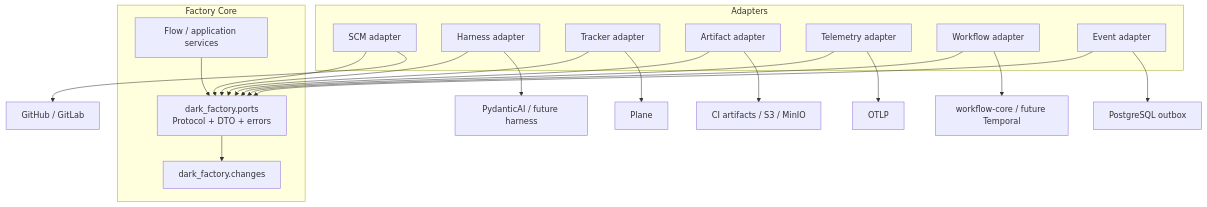
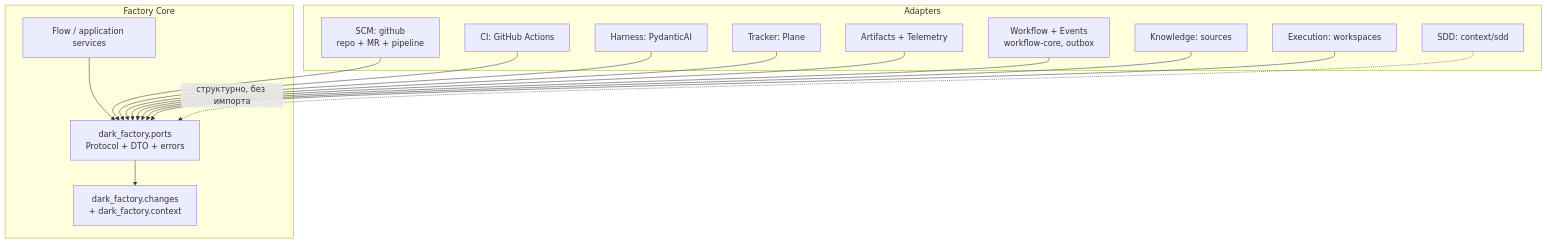
Before and after one commit to vadagama/dark-factory-mvp: the first of 3 diagrams in docs/descriptions/ports.md, drawn with Mermaid. The commit also changed other lines of this file and 11 other files, not shown here.

````diff
--- a/docs/descriptions/ports.md
+++ b/docs/descriptions/ports.md
@@ -11,36 +11,30 @@
 ```mermaid
 flowchart TB
     subgraph Core["Factory Core"]
         FLOW["Flow / application services"]
         PORTS["dark_factory.ports\nProtocol + DTO + errors"]
-        DOMAIN["dark_factory.changes"]
+        DOMAIN["dark_factory.changes\n+ dark_factory.context"]
         FLOW --> PORTS
         PORTS --> DOMAIN
     end
-
     subgraph Adapters["Adapters"]
-        SCM["SCM adapter"]
-        HARNESS["Harness adapter"]
-        TRACKER["Tracker adapter"]
-        ARTIFACTS["Artifact adapter"]
-        TELEMETRY["Telemetry adapter"]
-        WORKFLOW["Workflow adapter"]
-        EVENTS["Event adapter"]
+        SCM["SCM: github\nrepo + MR + pipeline"]
+        CIA["CI: GitHub Actions"]
+        HARNESS["Harness: PydanticAI"]
+        TRACKER["Tracker: Plane"]
+        ARTIFACTS["Artifacts + Telemetry"]
+        WORKFLOW["Workflow + Events\nworkflow-core, outbox"]
+        KNOWLEDGE["Knowledge: sources"]
+        EXECUTION["Execution: workspaces"]
+        SDDAD["SDD: context/sdd"]
     end
-
     SCM --> PORTS
+    CIA --> PORTS
     HARNESS --> PORTS
     TRACKER --> PORTS
     ARTIFACTS --> PORTS
-    TELEMETRY --> PORTS
     WORKFLOW --> PORTS
-    EVENTS --> PORTS
-
-    SCM --> PROVIDER["GitHub / GitLab"]
-    HARNESS --> AI["PydanticAI / future harness"]
-    TRACKER --> PLANE["Plane"]
-    ARTIFACTS --> STORE["CI artifacts / S3 / MinIO"]
-    TELEMETRY --> OTLP["OTLP"]
-    WORKFLOW --> ENGINE["workflow-core / future Temporal"]
-    EVENTS --> PG["PostgreSQL outbox"]
+    KNOWLEDGE --> PORTS
+    EXECUTION --> PORTS
+    SDDAD -.->|"структурно, без импорта"| PORTS
 ```
````
